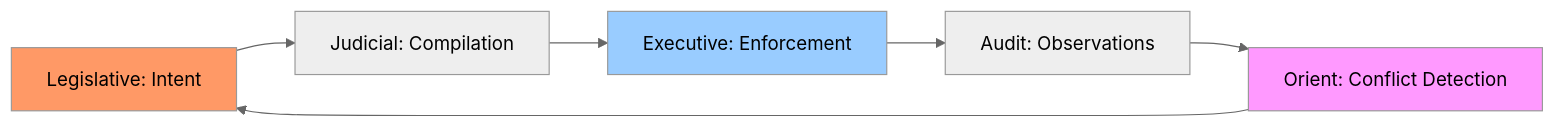
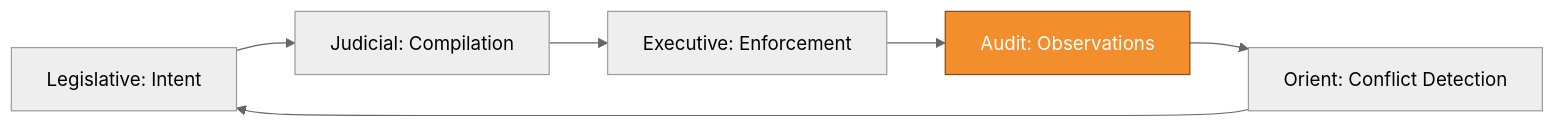
Diagram 11 of 11 in src/app/[locale]/research/papers/aecp/AECP-FULL.md (gchaitanyabharath9/omnigcloud), drawn with Mermaid (neutral theme) before and after one commit. The commit also changed other lines of this file and 40 other files, not shown here.

````diff
--- a/src/app/[locale]/research/papers/aecp/AECP-FULL.md
+++ b/src/app/[locale]/research/papers/aecp/AECP-FULL.md
@@ -632,12 +707,16 @@
 ```mermaid
 graph LR
-    L[Legislative: Intent] --> J[Judicial: Compilation]
-    J --> E[Executive: Enforcement]
-    E --> A[Audit: Observations]
-    A --> O[Orient: Conflict Detection]
+    classDef Control fill:#4E79A7,stroke:#2C3E50,color:#fff;
+    classDef Data fill:#59A14F,stroke:#274E13,color:#fff;
+    classDef Policy fill:#9C6ADE,stroke:#4B0082,color:#fff;
+    classDef Obs fill:#F28E2B,stroke:#8B4513,color:#fff;
+    classDef Risk fill:#E15759,stroke:#7B241C,color:#fff;
+    classDef State fill:#76B7B2,stroke:#0E6251,color:#fff;
+    classDef Actor fill:#BAB0AC,stroke:#515A5A,color:#000;
+    L["Legislative: Intent"] --> J["Judicial: Compilation"]
+    J --> E["Executive: Enforcement"]
+    E --> A["Audit: Observations"]
+    A --> O["Orient: Conflict Detection"]
     O --> L
-    
-    style E fill:#9cf
-    style L fill:#f96
-    style O fill:#f9f
+    class A Obs;
 ```
````
